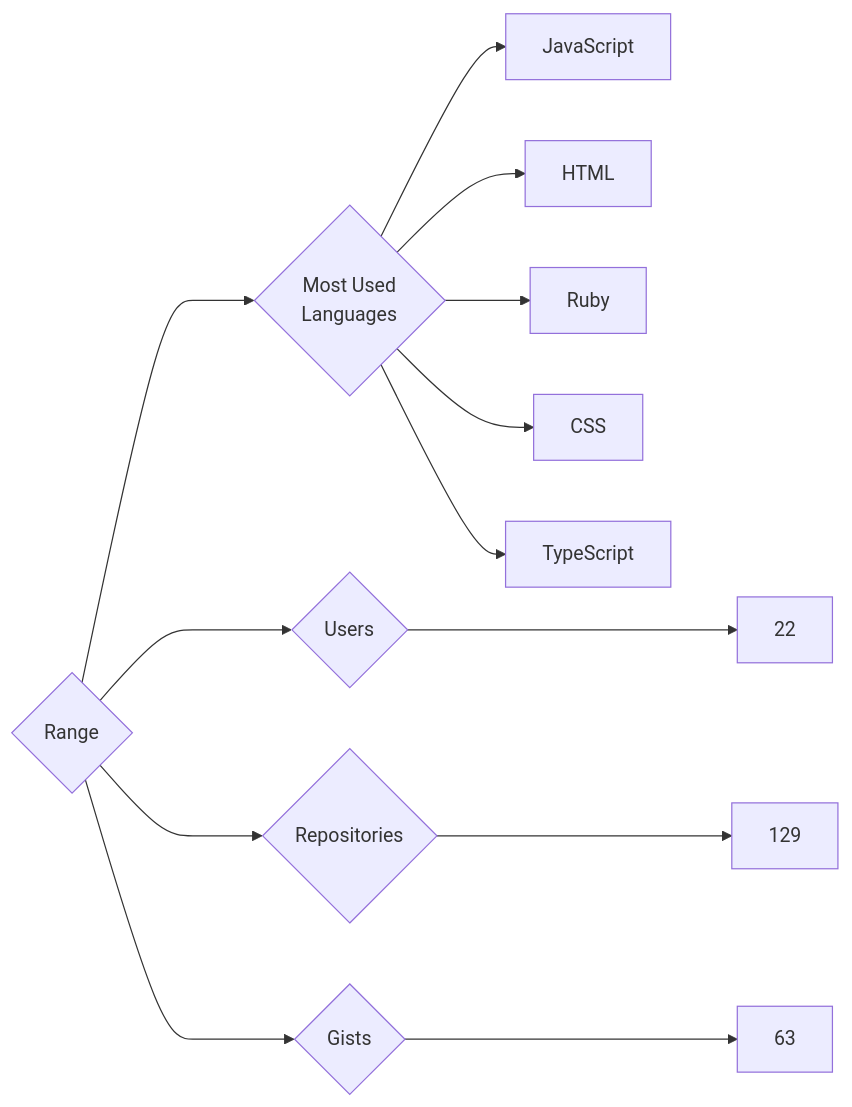
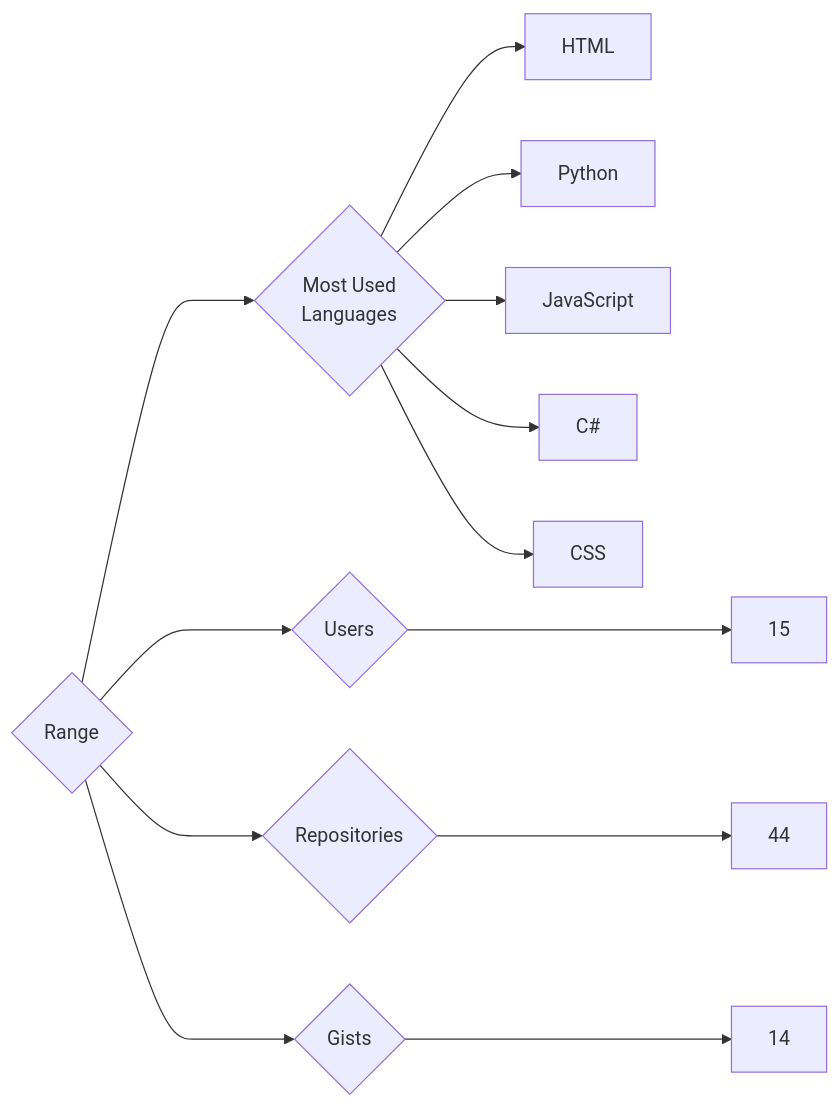
Before and after one commit to trickest/insiders: the diagram in targets/Range/README.md, drawn with Mermaid. The commit also changed 851 other files, not shown here.

````diff
--- a/targets/Range/README.md
+++ b/targets/Range/README.md
@@ -3,13 +3,13 @@
 ```mermaid
 graph LR
 COMPANY_NAME{Range}
-COMPANY_NAME ---> U{Users} ---> UN[22]
-COMPANY_NAME ---> R{Repositories} ---> RN[129]
-COMPANY_NAME ---> G{Gists} ---> GN[63]
+COMPANY_NAME ---> U{Users} ---> UN[15]
+COMPANY_NAME ---> R{Repositories} ---> RN[44]
+COMPANY_NAME ---> G{Gists} ---> GN[14]
 COMPANY_NAME ---> ML{Most Used<br>Languages}
+ML --> HTML[HTML]
+ML --> Python[Python]
 ML --> JavaScript[JavaScript]
-ML --> HTML[HTML]
-ML --> Ruby[Ruby]
+ML --> C#[C#]
 ML --> CSS[CSS]
-ML --> TypeScript[TypeScript]
 ```
````
